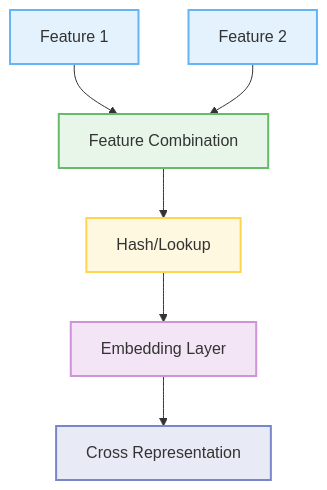
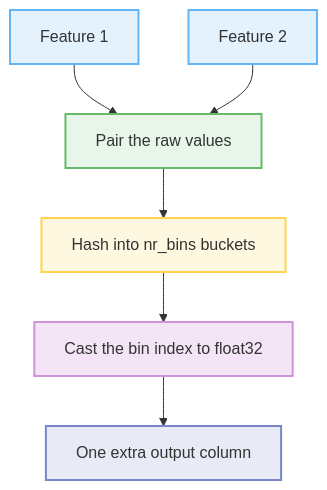
One commit to UnicoLab/keras-data-processor changed the diagram in docs/features/cross-features.md. Above: the diagram before and after it, drawn with Mermaid. The commit also changed other lines of this file and 22 other files, not shown here.

```diff
--- a/docs/features/cross-features.md
+++ b/docs/features/cross-features.md
@@ -421,15 +443,15 @@
   <div class="mermaid">
     graph TD
-      A1[Feature 1] --> C[Feature Combination]
+      A1[Feature 1] --> C[Pair the raw values]
       A2[Feature 2] --> C
-      C --> D[Hash/Lookup]
-      D --> E[Embedding Layer]
-      E --> F[Cross Representation]
+      C --> D[Hash into nr_bins buckets]
+      D --> E[Cast the bin index to float32]
+      E --> F[One extra output column]
 
       style A1 fill:#e3f2fd,stroke:#64b5f6,stroke-width:2px
       style A2 fill:#e3f2fd,stroke:#64b5f6,stroke-width:2px
       style C fill:#e8f5e9,stroke:#66bb6a,stroke-width:2px
       style D fill:#fff8e1,stroke:#ffd54f,stroke-width:2px
       style E fill:#f3e5f5,stroke:#ce93d8,stroke-width:2px
       style F fill:#e8eaf6,stroke:#7986cb,stroke-width:2px
   </div>
```
